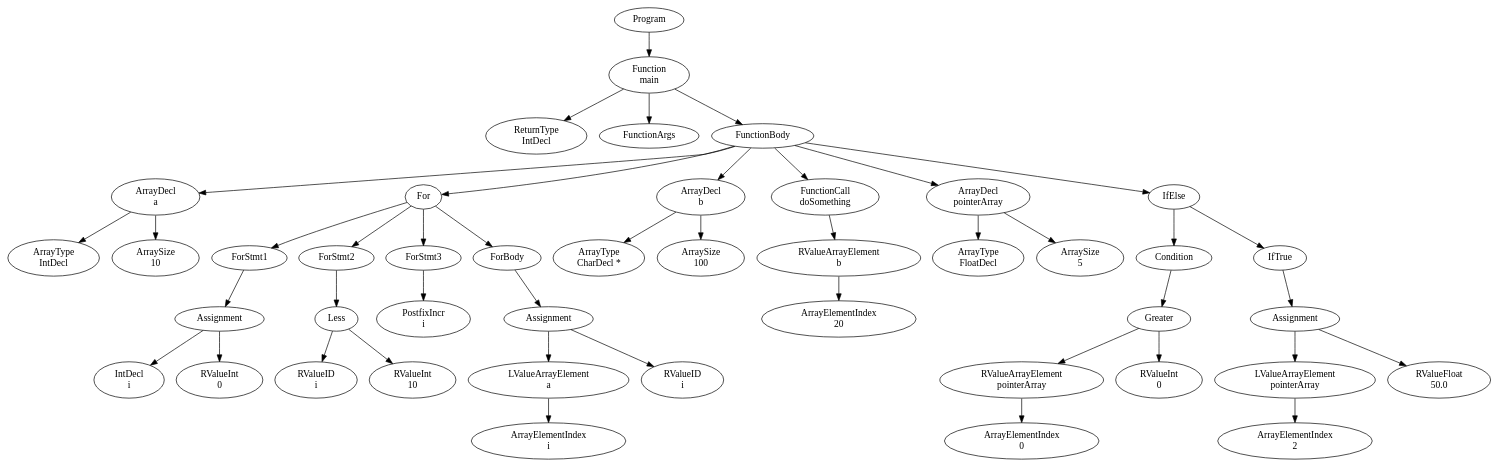
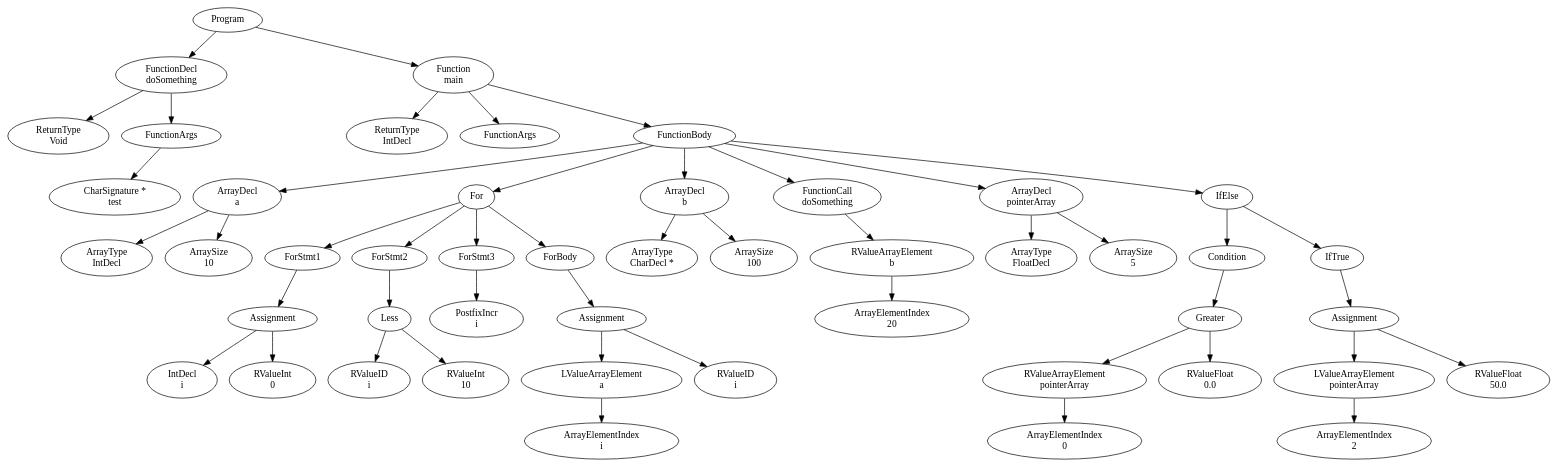
One commit to FedericoQuin/Compilers changed the diagram in official/res/solutions/arrays.dot. Above: the diagram before and after it, drawn with Graphviz. The commit also changed 8 other files, not shown here.

Commit message:
Added function call argument checking, some bugfixes as well

```diff
--- a/official/res/solutions/arrays.dot
+++ b/official/res/solutions/arrays.dot
@@ -1,89 +1,97 @@
 digraph AST {
-1 [label="Program"];
-2 [label="Function \nmain"];
-3 [label="ReturnType \nIntDecl"];
-4 [label="FunctionArgs"];
-5 [label="FunctionBody"];
-6 [label="ArrayDecl \na"];
-7 [label="ArrayType \nIntDecl"];
-8 [label="ArraySize \n10"];
-6 -> 7;
-6 -> 8;
-9 [label="For"];
-10 [label="ForStmt1"];
-11 [label="Assignment"];
-12 [label="IntDecl \ni"];
-13 [label="RValueInt \n0"];
+2 [label="Program"];
+3 [label="FunctionDecl \ndoSomething"];
+4 [label="ReturnType \nVoid"];
+5 [label="FunctionArgs"];
+6 [label="CharSignature * \ntest"];
+5 -> 6;
+3 -> 4;
+3 -> 5;
+7 [label="Function \nmain"];
+8 [label="ReturnType \nIntDecl"];
+9 [label="FunctionArgs"];
+10 [label="FunctionBody"];
+11 [label="ArrayDecl \na"];
+12 [label="ArrayType \nIntDecl"];
+13 [label="ArraySize \n10"];
 11 -> 12;
 11 -> 13;
-10 -> 11;
-14 [label="ForStmt2"];
-15 [label="Less"];
-16 [label="RValueID \ni"];
-17 [label="RValueInt \n10"];
+14 [label="For"];
+15 [label="ForStmt1"];
+16 [label="Assignment"];
+17 [label="IntDecl \ni"];
+18 [label="RValueInt \n0"];
+16 -> 17;
+16 -> 18;
 15 -> 16;
-15 -> 17;
+19 [label="ForStmt2"];
+20 [label="Less"];
+21 [label="RValueID \ni"];
+22 [label="RValueInt \n10"];
+20 -> 21;
+20 -> 22;
+19 -> 20;
+23 [label="ForStmt3"];
+24 [label="PostfixIncr \ni"];
+23 -> 24;
+25 [label="ForBody"];
+26 [label="Assignment"];
+27 [label="LValueArrayElement \na"];
+28 [label="ArrayElementIndex \ni"];
+27 -> 28;
+29 [label="RValueID \ni"];
+26 -> 27;
+26 -> 29;
+25 -> 26;
 14 -> 15;
-18 [label="ForStmt3"];
-19 [label="PostfixIncr \ni"];
-18 -> 19;
-20 [label="ForBody"];
-21 [label="Assignment"];
-22 [label="LValueArrayElement \na"];
-23 [label="ArrayElementIndex \ni"];
-22 -> 23;
-24 [label="RValueID \ni"];
-21 -> 22;
-21 -> 24;
-20 -> 21;
-9 -> 10;
-9 -> 14;
-9 -> 18;
-9 -> 20;
-25 [label="ArrayDecl \nb"];
-26 [label="ArrayType \nCharDecl *"];
-27 [label="ArraySize \n100"];
-25 -> 26;
-25 -> 27;
-28 [label="FunctionCall \ndoSomething"];
-29 [label="RValueArrayElement \nb"];
-30 [label="ArrayElementIndex \n20"];
-29 -> 30;
-28 -> 29;
-31 [label="ArrayDecl \npointerArray"];
-32 [label="ArrayType \nFloatDecl"];
-33 [label="ArraySize \n5"];
-31 -> 32;
-31 -> 33;
-34 [label="IfElse"];
-35 [label="Condition"];
-36 [label="Greater"];
-37 [label="RValueArrayElement \npointerArray"];
-38 [label="ArrayElementIndex \n0"];
-37 -> 38;
-39 [label="RValueInt \n0"];
+14 -> 19;
+14 -> 23;
+14 -> 25;
+30 [label="ArrayDecl \nb"];
+31 [label="ArrayType \nCharDecl *"];
+32 [label="ArraySize \n100"];
+30 -> 31;
+30 -> 32;
+33 [label="FunctionCall \ndoSomething"];
+34 [label="RValueArrayElement \nb"];
+35 [label="ArrayElementIndex \n20"];
+34 -> 35;
+33 -> 34;
+36 [label="ArrayDecl \npointerArray"];
+37 [label="ArrayType \nFloatDecl"];
+38 [label="ArraySize \n5"];
 36 -> 37;
-36 -> 39;
-35 -> 36;
-40 [label="IfTrue"];
-41 [label="Assignment"];
-42 [label="LValueArrayElement \npointerArray"];
-43 [label="ArrayElementIndex \n2"];
+36 -> 38;
+39 [label="IfElse"];
+40 [label="Condition"];
+41 [label="Greater"];
+42 [label="RValueArrayElement \npointerArray"];
+43 [label="ArrayElementIndex \n0"];
 42 -> 43;
-44 [label="RValueFloat \n50.0"];
+44 [label="RValueFloat \n0.0"];
 41 -> 42;
 41 -> 44;
 40 -> 41;
-34 -> 35;
-34 -> 40;
-5 -> 6;
-5 -> 9;
-5 -> 25;
-5 -> 28;
-5 -> 31;
-5 -> 34;
+45 [label="IfTrue"];
+46 [label="Assignment"];
+47 [label="LValueArrayElement \npointerArray"];
+48 [label="ArrayElementIndex \n2"];
+47 -> 48;
+49 [label="RValueFloat \n50.0"];
+46 -> 47;
+46 -> 49;
+45 -> 46;
+39 -> 40;
+39 -> 45;
+10 -> 11;
+10 -> 14;
+10 -> 30;
+10 -> 33;
+10 -> 36;
+10 -> 39;
+7 -> 8;
+7 -> 9;
+7 -> 10;
 2 -> 3;
-2 -> 4;
-2 -> 5;
-1 -> 2;
+2 -> 7;
 }
```
